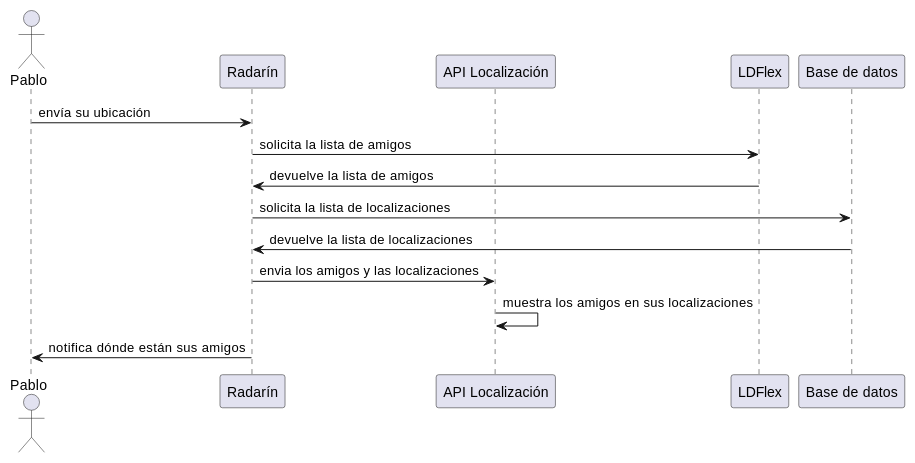
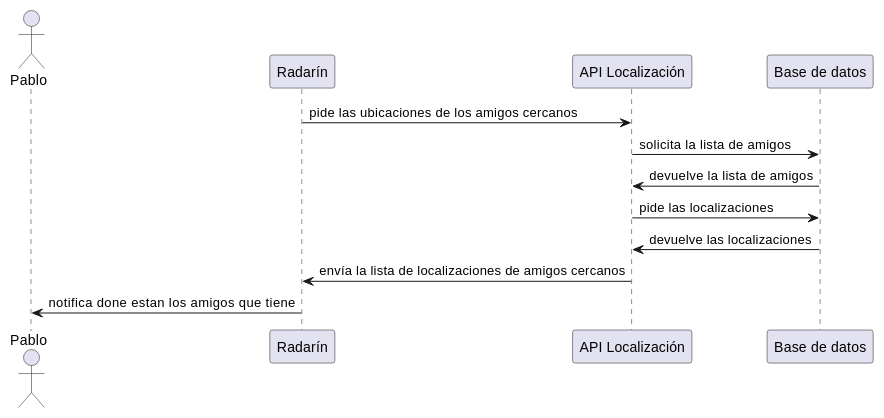
Before and after one commit to Arquisoft/radarin_es4a: the sixth of 6 diagrams in webapp/docs/06_runtime_view.adoc, drawn with PlantUML. The commit also changed other lines of this file and 204 other files, not shown here.

```diff
--- a/webapp/docs/06_runtime_view.adoc
+++ b/webapp/docs/06_runtime_view.adoc
@@ -127,16 +127,14 @@
 [plantuml,"ver_amigos_mapa",png]
 ----
 actor Pablo
 participant  "Radarín"
 participant "API Localización"
-participant "LDFlex"
 participant "Base de datos"
-"Pablo" -> "Radarín": envía su ubicación
-"Radarín" -> "LDFlex": solicita la lista de amigos
-"LDFlex" -> "Radarín": devuelve la lista de amigos
-"Radarín" -> "Base de datos": solicita la lista de localizaciones
-"Base de datos" -> "Radarín": devuelve la lista de localizaciones
-"Radarín" -> "API Localización": envia los amigos y las localizaciones
-"API Localización" -> "API Localización": muestra los amigos en sus localizaciones
-"Radarín" -> "Pablo": notifica dónde están sus amigos
+"Radarín" -> "API Localización": pide las ubicaciones de los amigos cercanos
+"API Localización" -> "Base de datos": solicita la lista de amigos
+"Base de datos" -> "API Localización": devuelve la lista de amigos
+"API Localización" -> "Base de datos": pide las localizaciones
+"Base de datos" -> "API Localización": devuelve las localizaciones
+"API Localización" -> "Radarín": envía la lista de localizaciones de amigos cercanos
+"Radarín" -> "Pablo": notifica done estan los amigos que tiene
 ----
```
